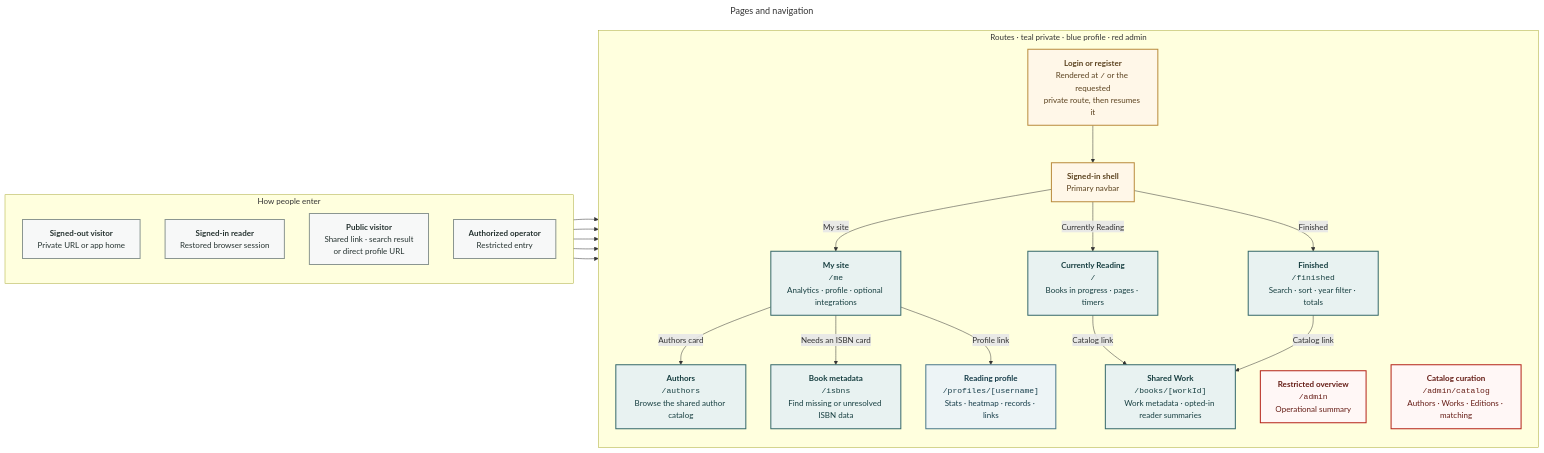
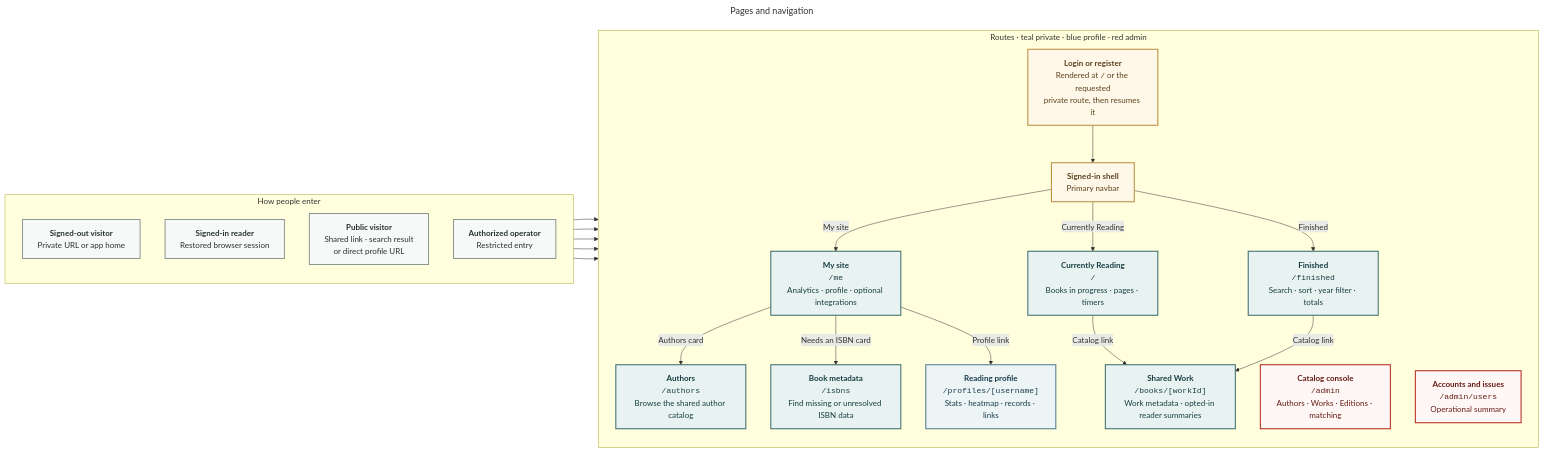
The diagram in docs/architecture/site-functionality.mmd (ankile/book-tracker), drawn with Mermaid before and after one commit. The commit also changed 44 other files, not shown here.

```diff
--- a/docs/architecture/site-functionality.mmd
+++ b/docs/architecture/site-functionality.mmd
@@ -1,52 +1,52 @@
 ---
 title: Pages and navigation
 ---
 flowchart LR
   accTitle: Book Tracker pages and navigation
   accDescr: Signed-in readers use the primary navigation for Currently Reading, Finished, and My site. My site links to Authors, Book metadata, and the reading profile. Catalog links open shared Work pages. Shared links and search results can enter the public profile directly. Authorized operators can open the restricted overview and catalog curation pages. The separate route access matrix lists readers and writes for every page.
 
   classDef person fill:#f7f8f8,stroke:#8b9691,color:#263331,stroke-width:2px;
   classDef gate fill:#fff7e8,stroke:#b98a3c,color:#5b421f,stroke-width:2px;
   classDef page fill:#e8f2f1,stroke:#35686a,color:#173f41,stroke-width:2px;
   classDef public fill:#edf4f6,stroke:#497789,color:#173d4a,stroke-width:2px;
   classDef admin fill:#fff7f6,stroke:#b42318,color:#651c15,stroke-width:2px;
 
   subgraph entry[How people enter]
     direction TB
     signedout["<b>Signed-out visitor</b><br/>Private URL or app home"]:::person
     owner["<b>Signed-in reader</b><br/>Restored browser session"]:::person
     publicentry["<b>Public visitor</b><br/>Shared link · search result<br/>or direct profile URL"]:::person
     operator["<b>Authorized operator</b><br/>Restricted entry"]:::person
   end
 
   subgraph routes[Routes · teal private · blue profile · red admin]
     direction TB
     auth["<b>Login or register</b><br/>Rendered at <code>/</code> or the requested<br/>private route, then resumes it"]:::gate
     shell["<b>Signed-in shell</b><br/>Primary navbar"]:::gate
 
     current["<b>Currently Reading</b><br/><code>/</code><br/>Books in progress · pages · timers"]:::page
     finished["<b>Finished</b><br/><code>/finished</code><br/>Search · sort · year filter · totals"]:::page
     me["<b>My site</b><br/><code>/me</code><br/>Analytics · profile · optional integrations"]:::page
 
     authors["<b>Authors</b><br/><code>/authors</code><br/>Browse the shared author catalog"]:::page
     isbns["<b>Book metadata</b><br/><code>/isbns</code><br/>Find missing or unresolved ISBN data"]:::page
     work["<b>Shared Work</b><br/><code>/books/[workId]</code><br/>Work metadata · opted-in reader summaries"]:::page
     profile["<b>Reading profile</b><br/><code>/profiles/[username]</code><br/>Stats · heatmap · records · links"]:::public
-    admin["<b>Restricted overview</b><br/><code>/admin</code><br/>Operational summary"]:::admin
-    admincatalog["<b>Catalog curation</b><br/><code>/admin/catalog</code><br/>Authors · Works · Editions · matching"]:::admin
+    admin["<b>Catalog console</b><br/><code>/admin</code><br/>Authors · Works · Editions · matching"]:::admin
+    adminusers["<b>Accounts and issues</b><br/><code>/admin/users</code><br/>Operational summary"]:::admin
   end
 
   signedout --> auth --> shell
   owner --> shell
   publicentry --> profile
   operator --> admin
-  operator --> admincatalog
+  operator --> adminusers
 
   shell -->|"Currently Reading"| current
   shell -->|"Finished"| finished
   shell -->|"My site"| me
   me -->|"Authors card"| authors
   me -->|"Needs an ISBN card"| isbns
   me -->|"Profile link"| profile
   current -->|"Catalog link"| work
   finished -->|"Catalog link"| work
```
